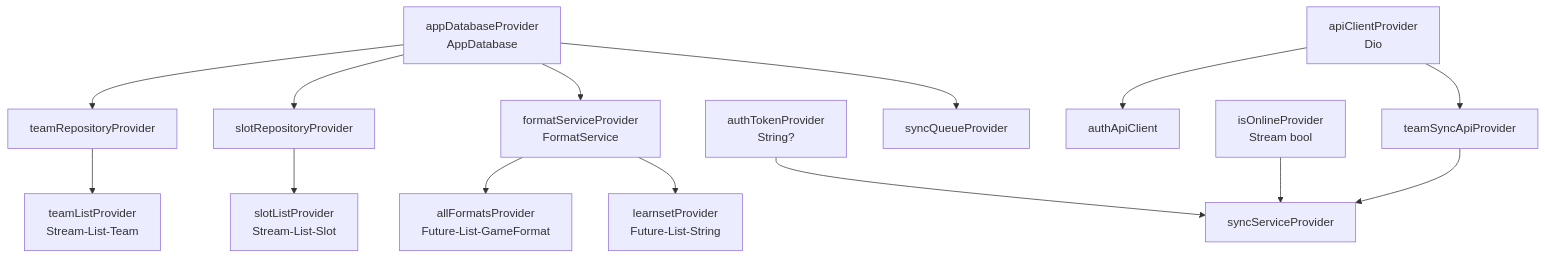
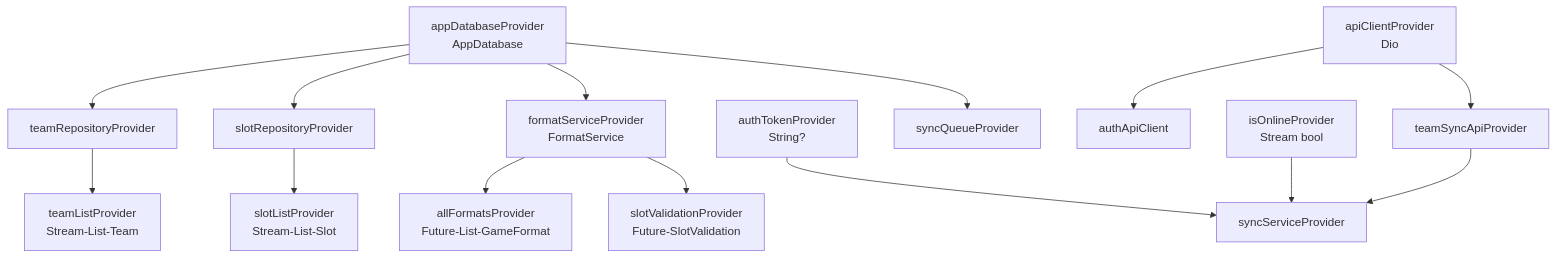
One commit to KwasiAsante/PokeTeamDex changed the third of 14 diagrams in README.md. Above: the diagram before and after it, drawn with Mermaid. The commit also changed other lines of this file and 49 other files, not shown here.

````diff
--- a/README.md
+++ b/README.md
@@ -150,25 +150,25 @@
 ```mermaid
 graph TD
     AP[appDatabaseProvider\nAppDatabase]
     AC[apiClientProvider\nDio]
     AK[authTokenProvider\nString?]
     IP[isOnlineProvider\nStream bool]
 
     AP --> TR[teamRepositoryProvider]
     AP --> SR[slotRepositoryProvider]
     AP --> SQ[syncQueueProvider]
 
     TR --> TP[teamListProvider\nStream-List-Team]
     SR --> SLP[slotListProvider\nStream-List-Slot]
 
     AC --> AKC[authApiClient]
     AC --> TSA[teamSyncApiProvider]
 
     AK --> SYNC[syncServiceProvider]
     IP --> SYNC
     TSA --> SYNC
 
     AP --> FMT[formatServiceProvider\nFormatService]
     FMT --> AFP[allFormatsProvider\nFuture-List-GameFormat]
-    FMT --> LSP[learnsetProvider\nFuture-List-String]
+    FMT --> SVP[slotValidationProvider\nFuture-SlotValidation]
 ```
````
